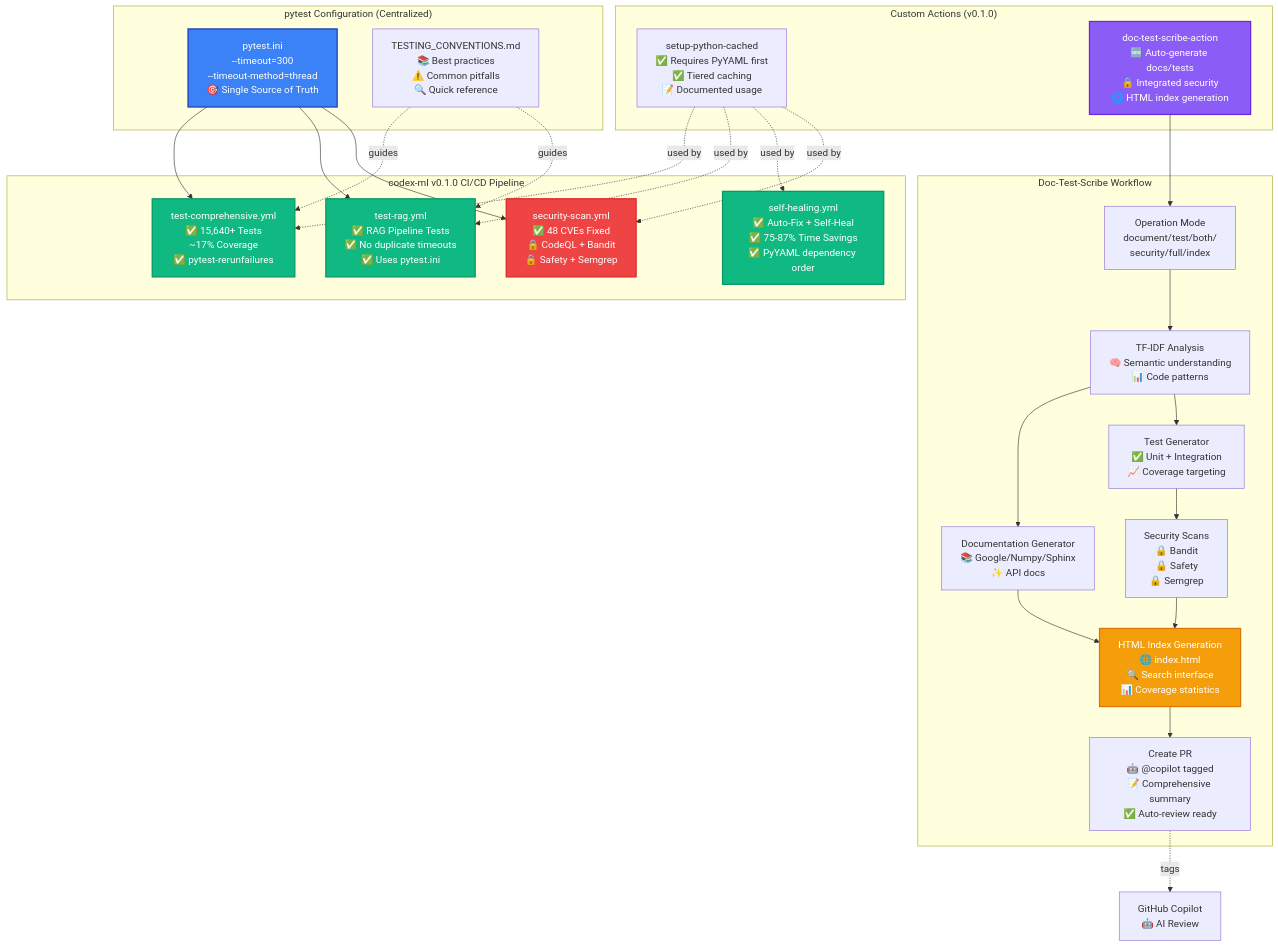
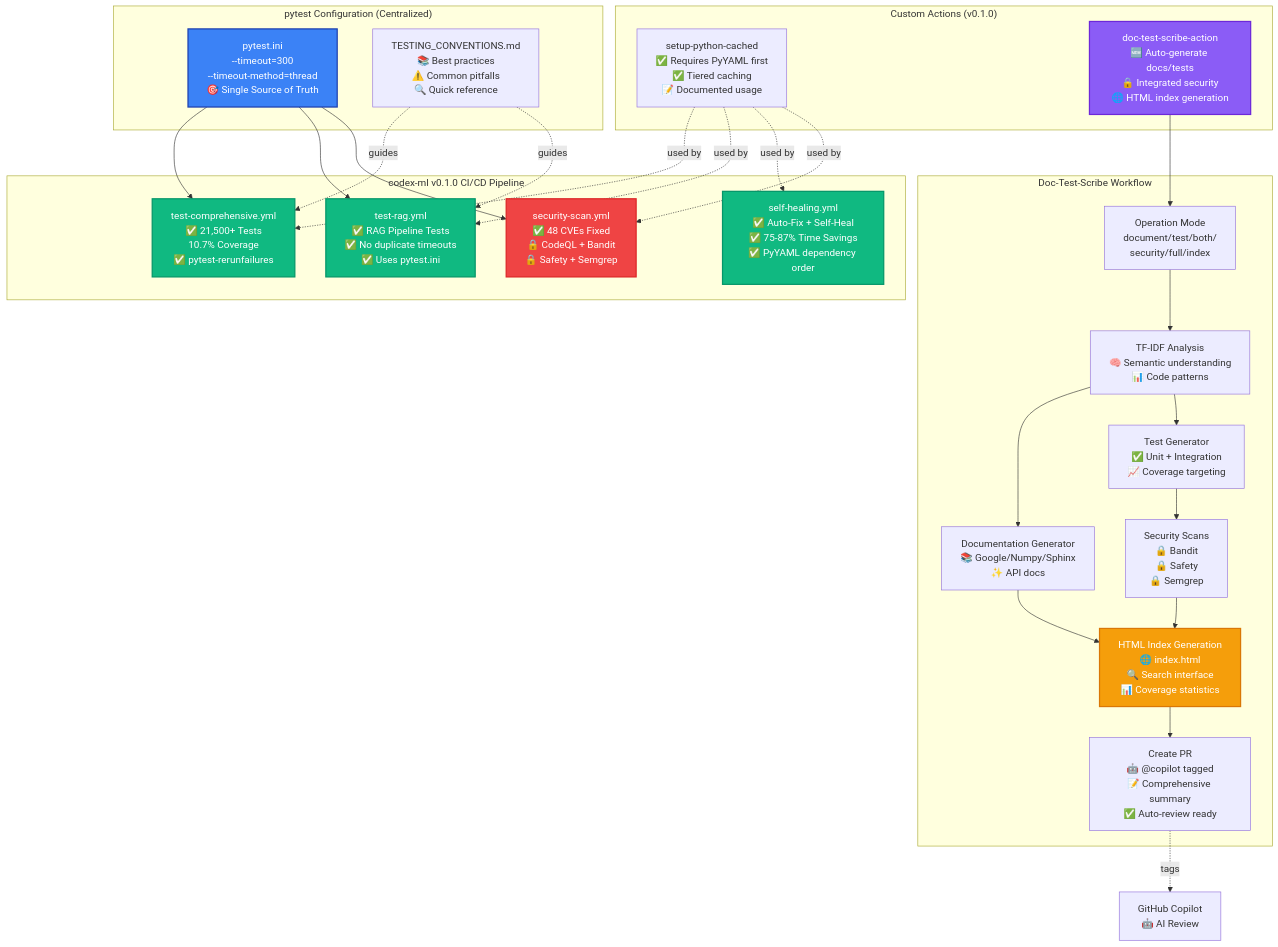
The first of 14 diagrams in docs/REPOSITORY_ARCHITECTURE_DIAGRAMS.md (Aries-Serpent/_codex_), drawn with Mermaid before and after one commit. The commit also changed other lines of this file and 12 other files, not shown here.

First line of the commit message:
docs: update stale stats in priority-1 architecture and diagram files

````diff
--- a/docs/REPOSITORY_ARCHITECTURE_DIAGRAMS.md
+++ b/docs/REPOSITORY_ARCHITECTURE_DIAGRAMS.md
@@ -29,64 +29,64 @@
 ```mermaid
 graph TB
     subgraph "codex-ml v0.1.0 CI/CD Pipeline"
-        TC[test-comprehensive.yml<br/>✅ 15,640+ Tests<br/>~17% Coverage<br/>✅ pytest-rerunfailures]
+        TC[test-comprehensive.yml<br/>✅ 21,500+ Tests<br/>10.7% Coverage<br/>✅ pytest-rerunfailures]
         TR[test-rag.yml<br/>✅ RAG Pipeline Tests<br/>✅ No duplicate timeouts<br/>✅ Uses pytest.ini]
         SH[self-healing.yml<br/>✅ Auto-Fix + Self-Heal<br/>✅ 75-87% Time Savings<br/>✅ PyYAML dependency order]
         SEC[security-scan.yml<br/>✅ 48 CVEs Fixed<br/>🔒 CodeQL + Bandit<br/>🔒 Safety + Semgrep]
     end
 
     subgraph "pytest Configuration (Centralized)"
         PI[pytest.ini<br/>--timeout=300<br/>--timeout-method=thread<br/>🎯 Single Source of Truth]
         CONV[TESTING_CONVENTIONS.md<br/>📚 Best practices<br/>⚠️ Common pitfalls<br/>🔍 Quick reference]
     end
 
     subgraph "Custom Actions (v0.1.0)"
         SPC[setup-python-cached<br/>✅ Requires PyYAML first<br/>✅ Tiered caching<br/>📝 Documented usage]
         DTS[doc-test-scribe-action<br/>🆕 Auto-generate docs/tests<br/>🔒 Integrated security<br/>🌐 HTML index generation]
     end
 
     subgraph "Doc-Test-Scribe Workflow"
         MODE[Operation Mode<br/>document/test/both/<br/>security/full/index]
         ANALYZE[TF-IDF Analysis<br/>🧠 Semantic understanding<br/>📊 Code patterns]
         GENDOC[Documentation Generator<br/>📚 Google/Numpy/Sphinx<br/>✨ API docs]
         GENTEST[Test Generator<br/>✅ Unit + Integration<br/>📈 Coverage targeting]
         SECURITY[Security Scans<br/>🔒 Bandit<br/>🔒 Safety<br/>🔒 Semgrep]
         HTML[HTML Index Generation<br/>🌐 index.html<br/>🔍 Search interface<br/>📊 Coverage statistics]
         PR[Create PR<br/>🤖 @copilot tagged<br/>📝 Comprehensive summary<br/>✅ Auto-review ready]
     end
 
     %% Configuration flows
     PI --> TC
     PI --> TR
     PI --> SEC
     CONV -.guides.-> TC
     CONV -.guides.-> TR
 
     %% Custom action usage
     SPC -.used by.-> TC
     SPC -.used by.-> TR
     SPC -.used by.-> SH
     SPC -.used by.-> SEC
 
     %% Doc-Test-Scribe workflow
     MODE --> ANALYZE
     ANALYZE --> GENDOC
     ANALYZE --> GENTEST
     GENDOC --> HTML
     GENTEST --> SECURITY
     SECURITY --> HTML
     HTML --> PR
 
     %% Integration points
     DTS --> MODE
     PR -.tags.-> Copilot[GitHub Copilot<br/>🤖 AI Review]
 
     %% Styling v0.1.0
     style TC fill:#10b981,stroke:#059669,stroke-width:2px,color:#fff
     style TR fill:#10b981,stroke:#059669,stroke-width:2px,color:#fff
     style SH fill:#10b981,stroke:#059669,stroke-width:2px,color:#fff
     style SEC fill:#ef4444,stroke:#dc2626,stroke-width:2px,color:#fff
     style PI fill:#3b82f6,stroke:#1e40af,stroke-width:2px,color:#fff
     style DTS fill:#8b5cf6,stroke:#6d28d9,stroke-width:2px,color:#fff
     style HTML fill:#f59e0b,stroke:#d97706,stroke-width:2px,color:#fff
 ```
````
